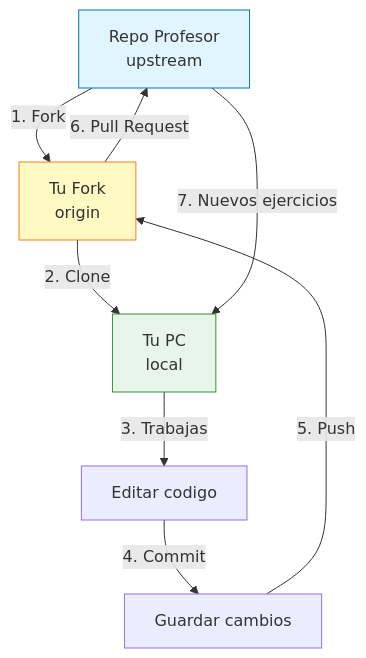
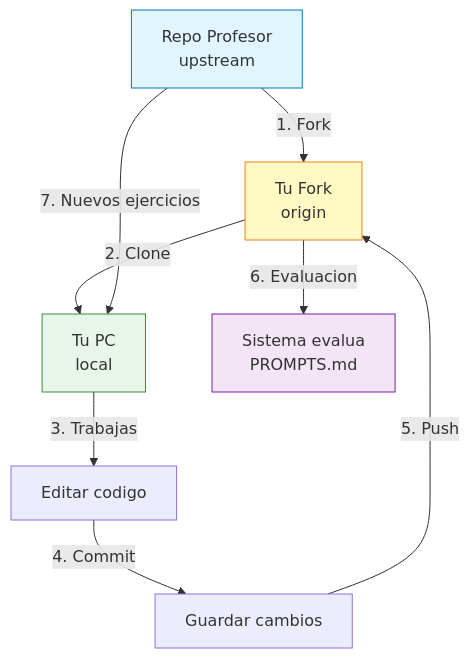
Before and after one commit to CarlosRivasplata/ejercicios-bigdata: the fourth of 4 diagrams in docs/git-github/fork-clone.md, drawn with Mermaid. The commit also changed other lines of this file and 17 other files, not shown here.

````diff
--- a/docs/git-github/fork-clone.md
+++ b/docs/git-github/fork-clone.md
@@ -256,14 +256,15 @@
 ```mermaid
 graph TD
     A[Repo Profesor<br/>upstream] -->|1. Fork| B[Tu Fork<br/>origin]
     B -->|2. Clone| C[Tu PC<br/>local]
     C -->|3. Trabajas| D[Editar codigo]
     D -->|4. Commit| E[Guardar cambios]
     E -->|5. Push| B
-    B -->|6. Pull Request| A
+    B -->|6. Evaluacion| F[Sistema evalua<br/>PROMPTS.md]
     A -->|7. Nuevos ejercicios| C
 
     style A fill:#e1f5ff,stroke:#0277bd
     style B fill:#fff9c4,stroke:#f57f17
     style C fill:#e8f5e9,stroke:#388e3c
+    style F fill:#f3e5f5,stroke:#7b1fa2
 ```
````
